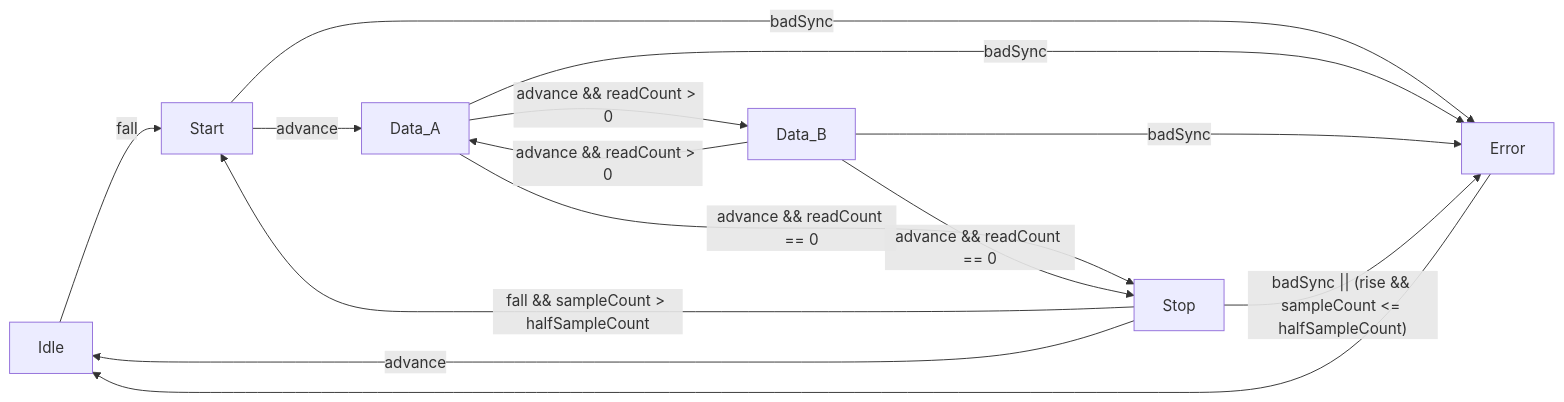
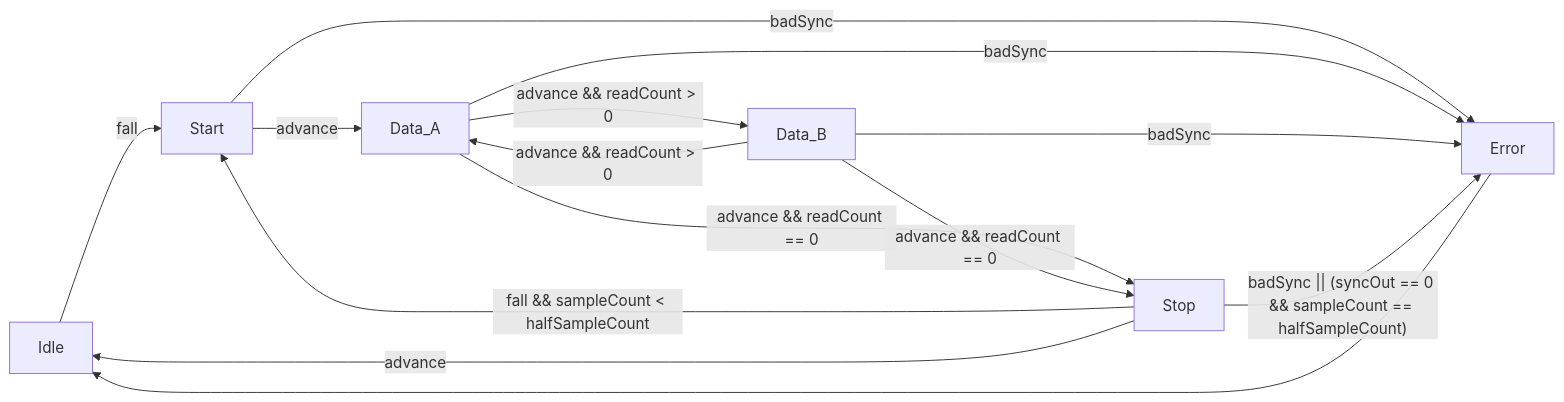
One commit to NYU-Processor-Design/PurdNyUart changed the second of 2 diagrams in docs/UartRx.md. Above: the diagram before and after it, drawn with Mermaid. The commit also changed 1 other file, not shown here.

Commit message:
fix(UartRx): Stop state exit conditions

````diff
--- a/docs/UartRx.md
+++ b/docs/UartRx.md
@@ -85,21 +85,21 @@
 ```mermaid
 graph LR;
   Idle--fall-->Start;
 
   Start--badSync-->Error;
   Start--advance-->Data_A;
 
   Data_A--badSync-->Error;
   Data_A--advance && readCount > 0 -->Data_B;
   Data_A--advance && readCount == 0 -->Stop;
 
   Data_B--badSync-->Error;
   Data_B--advance && readCount > 0 -->Data_A;
   Data_B--advance && readCount == 0 -->Stop;
 
-  Stop--"badSync || (rise && sampleCount <= halfSampleCount)"-->Error;
-  Stop--fall && sampleCount > halfSampleCount-->Start;
+  Stop--"badSync || (syncOut == 0 && sampleCount == halfSampleCount)"-->Error;
+  Stop--fall && sampleCount < halfSampleCount-->Start;
   Stop--advance-->Idle;
 
   Error-->Idle;
 ```
````
